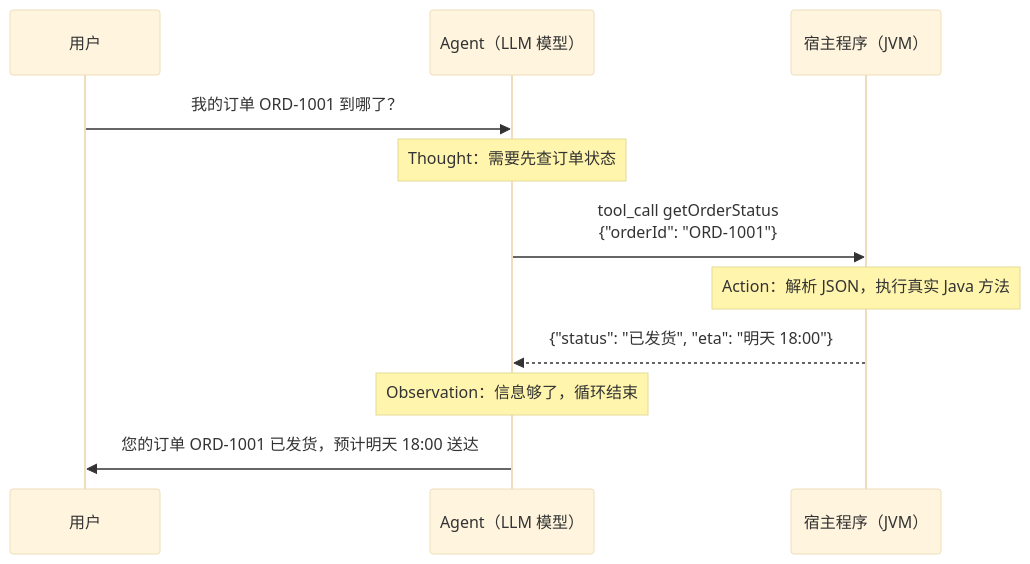
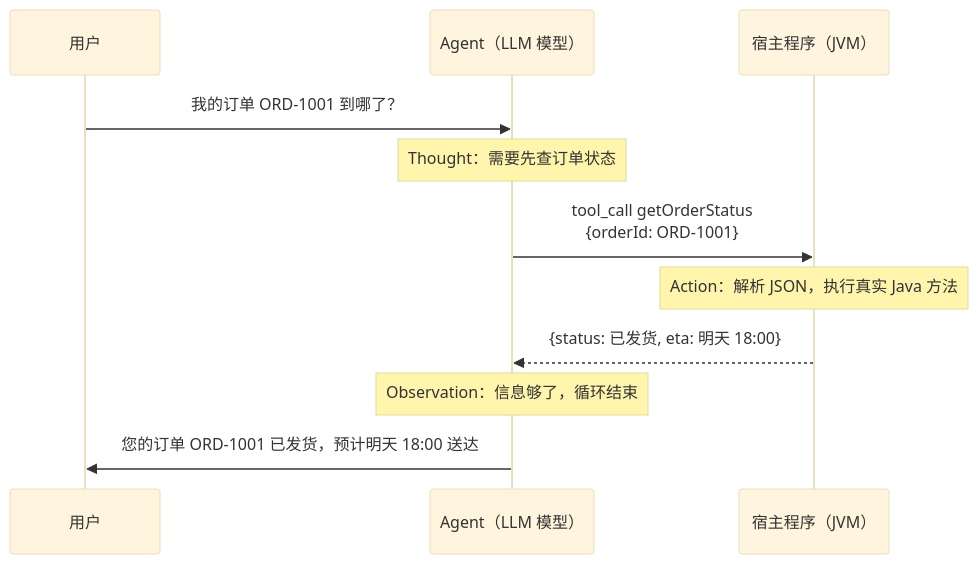
One commit to UranusGit/java-agent-learn changed the second of 3 diagrams in docs/附录/Agent与提示词工程专题/02-Agent是什么与核心心智模型.md. Above: the diagram before and after it, drawn with Mermaid (base theme). The commit also changed other lines of this file and 137 other files, not shown here.

First line of the commit message:
docs全库mermaid图质量深化：改写残留字符画、补缺图、修坏图

````diff
--- a/docs/附录/Agent与提示词工程专题/02-Agent是什么与核心心智模型.md
+++ b/docs/附录/Agent与提示词工程专题/02-Agent是什么与核心心智模型.md
@@ -76,13 +64,13 @@
 ```mermaid
 sequenceDiagram
     participant U as 用户
     participant A as Agent（LLM 模型）
     participant H as 宿主程序（JVM）
     U->>A: 我的订单 ORD-1001 到哪了？
     Note over A: Thought：需要先查订单状态
-    A->>H: tool_call getOrderStatus<br/>{"orderId": "ORD-1001"}
+    A->>H: tool_call getOrderStatus<br/>{orderId: ORD-1001}
     Note over H: Action：解析 JSON，执行真实 Java 方法
-    H-->>A: {"status": "已发货", "eta": "明天 18:00"}
+    H-->>A: {status: 已发货, eta: 明天 18:00}
     Note over A: Observation：信息够了，循环结束
     A->>U: 您的订单 ORD-1001 已发货，预计明天 18:00 送达
 ```
````
